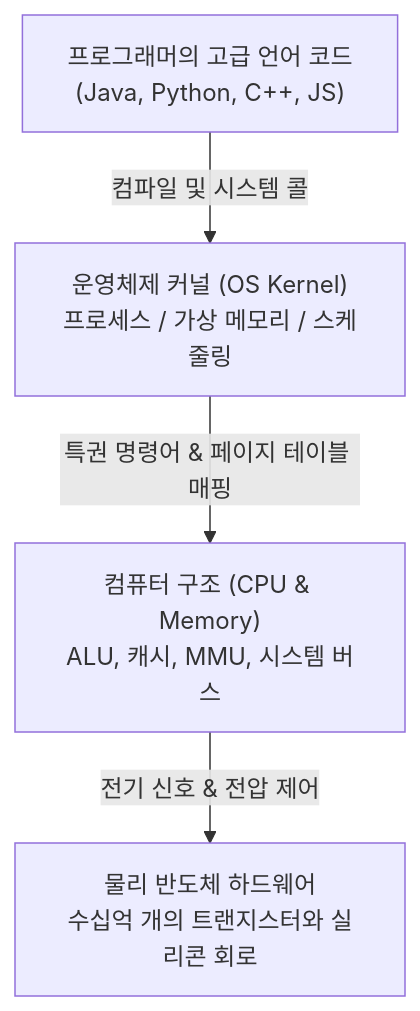
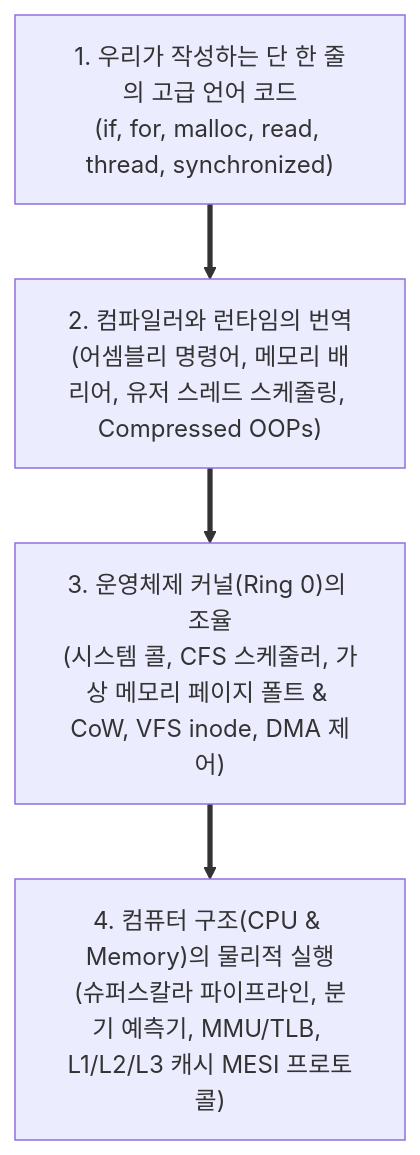
Diagram 13 of 13 in 06_컴퓨터_구조와_운영체제.md (keimania/tech-notes), drawn with Mermaid before and after one commit. The commit also changed other lines of this file and 12 other files, not shown here.

````diff
--- a/06_컴퓨터_구조와_운영체제.md
+++ b/06_컴퓨터_구조와_운영체제.md
@@ -1046,6 +1730,9 @@
 ```mermaid
-graph TD
-    A["프로그래머의 고급 언어 코드<br>(Java, Python, C++, JS)"] -->|컴파일 및 시스템 콜| B["운영체제 커널 (OS Kernel)<br>프로세스 / 가상 메모리 / 스케줄링"]
-    B -->|특권 명령어 & 페이지 테이블 매핑| C["컴퓨터 구조 (CPU & Memory)<br>ALU, 캐시, MMU, 시스템 버스"]
-    C -->|전기 신호 & 전압 제어| D["물리 반도체 하드웨어<br>수십억 개의 트랜지스터와 실리콘 회로"]
+flowchart TD
+    CODE["1. 우리가 작성하는 단 한 줄의 고급 언어 코드<br>(if, for, malloc, read, thread, synchronized)"]
+    COMP["2. 컴파일러와 런타임의 번역<br>(어셈블리 명령어, 메모리 배리어, 유저 스레드 스케줄링, Compressed OOPs)"]
+    KERN["3. 운영체제 커널(Ring 0)의 조율<br>(시스템 콜, CFS 스케줄러, 가상 메모리 페이지 폴트 & CoW, VFS inode, DMA 제어)"]
+    ARCH["4. 컴퓨터 구조(CPU & Memory)의 물리적 실행<br>(슈퍼스칼라 파이프라인, 분기 예측기, MMU/TLB, L1/L2/L3 캐시 MESI 프로토콜)"]
+
+    CODE ==> COMP ==> KERN ==> ARCH
 ```
````
